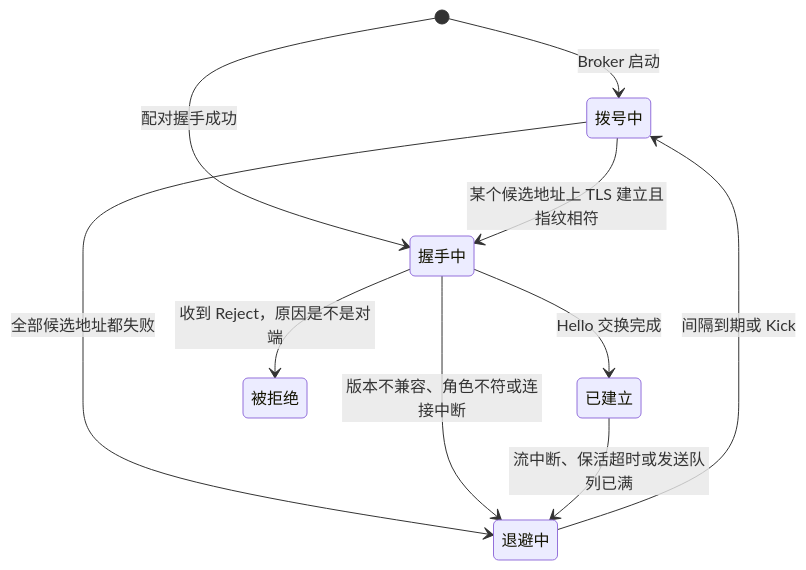
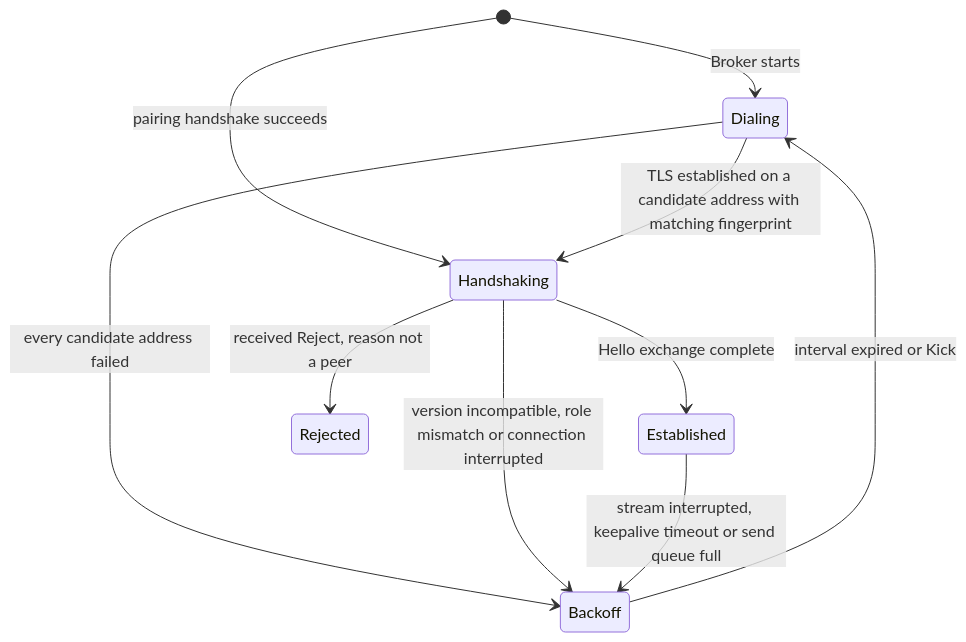
One commit to wangzw/peers changed the first of 2 diagrams in docs/design/modules/design-link.md. Above: the diagram before and after it, drawn with Mermaid. The commit also changed other lines of this file, not shown here.

````diff
--- a/docs/design/modules/design-link.md
+++ b/docs/design/modules/design-link.md
@@ -249,12 +269,12 @@
 ```mermaid
 stateDiagram-v2
-    [*] --> 拨号中: Broker 启动
-    [*] --> 握手中: 配对握手成功
-    拨号中 --> 握手中: 某个候选地址上 TLS 建立且指纹相符
-    拨号中 --> 退避中: 全部候选地址都失败
-    握手中 --> 已建立: Hello 交换完成
-    握手中 --> 退避中: 版本不兼容、角色不符或连接中断
-    握手中 --> 被拒绝: 收到 Reject，原因是不是对端
-    已建立 --> 退避中: 流中断、保活超时或发送队列已满
-    退避中 --> 拨号中: 间隔到期或 Kick
+    [*] --> Dialing: Broker starts
+    [*] --> Handshaking: pairing handshake succeeds
+    Dialing --> Handshaking: TLS established on a candidate address with matching fingerprint
+    Dialing --> Backoff: every candidate address failed
+    Handshaking --> Established: Hello exchange complete
+    Handshaking --> Backoff: version incompatible, role mismatch or connection interrupted
+    Handshaking --> Rejected: received Reject, reason not a peer
+    Established --> Backoff: stream interrupted, keepalive timeout or send queue full
+    Backoff --> Dialing: interval expired or Kick
 ```
````
